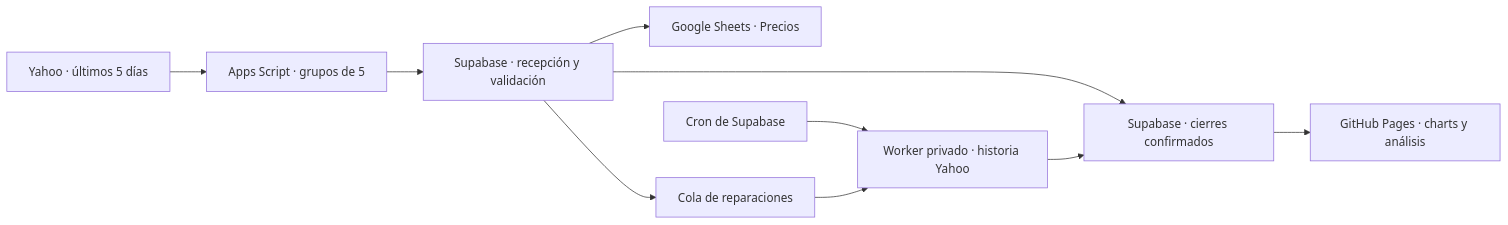
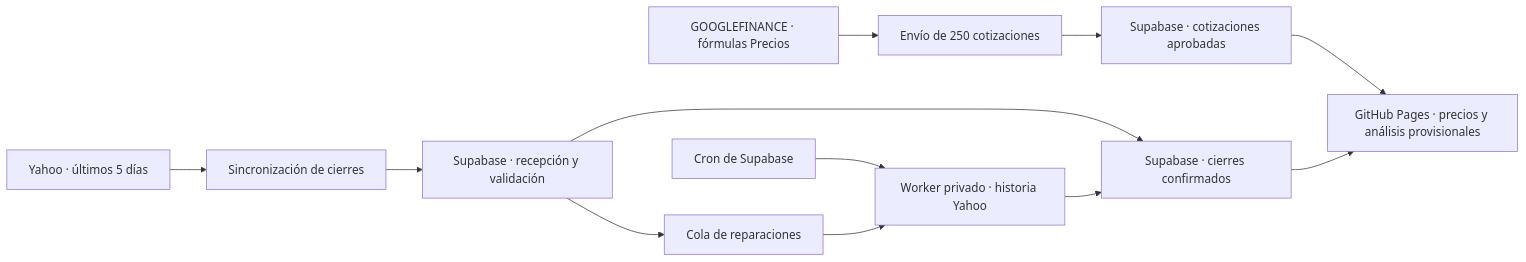
Before and after one commit to jpmauricio2906-bot/market-scanner: the diagram in README.md, drawn with Mermaid. The commit also changed other lines of this file and 17 other files, not shown here.

````diff
--- a/README.md
+++ b/README.md
@@ -7,12 +7,14 @@
 ```mermaid
 flowchart LR
-  Yahoo[Yahoo · últimos 5 días] --> Google[Apps Script · grupos de 5]
+  Finance[GOOGLEFINANCE · fórmulas Precios] --> Snapshot[Envío de 250 cotizaciones]
+  Snapshot --> Live[Supabase · cotizaciones aprobadas]
+  Live --> Web[GitHub Pages · precios y análisis provisionales]
+  Yahoo[Yahoo · últimos 5 días] --> Google[Sincronización de cierres]
   Google --> RPC[Supabase · recepción y validación]
-  RPC --> Precios[Google Sheets · Precios]
   RPC --> Historial[Supabase · cierres confirmados]
   RPC --> Cola[Cola de reparaciones]
   Cron[Cron de Supabase] --> Worker[Worker privado · historia Yahoo]
   Cola --> Worker
   Worker --> Historial
-  Historial --> Web[GitHub Pages · charts y análisis]
+  Historial --> Web
 ```
````
